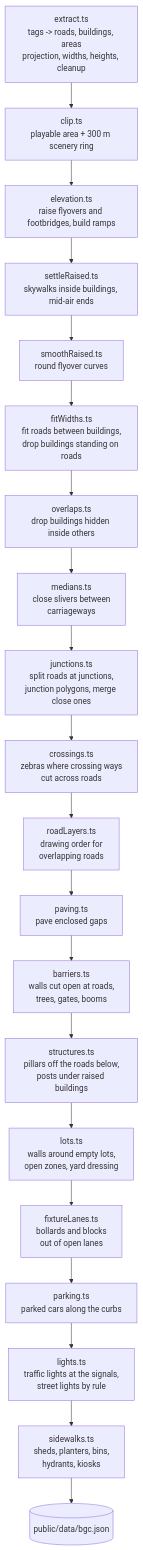
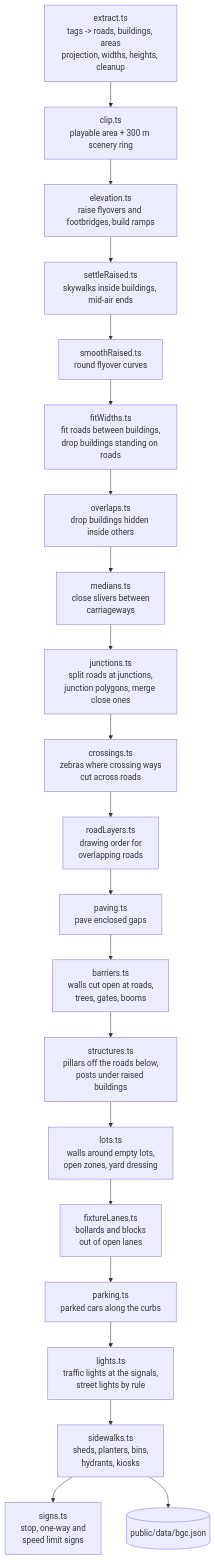
Before and after one commit to ajs0905/drive-thru-mnl: the second of 5 diagrams in docs/ARCHITECTURE.md, drawn with Mermaid. The commit also changed other lines of this file and 47 other files, not shown here.

````diff
--- a/docs/ARCHITECTURE.md
+++ b/docs/ARCHITECTURE.md
@@ -117,22 +117,23 @@
 ```mermaid
 flowchart TD
   A[extract.ts<br/>tags -> roads, buildings, areas<br/>projection, widths, heights, cleanup] --> B[clip.ts<br/>playable area + 300 m scenery ring]
   B --> C[elevation.ts<br/>raise flyovers and footbridges, build ramps]
   C --> D[settleRaised.ts<br/>skywalks inside buildings, mid-air ends]
   D --> R[smoothRaised.ts<br/>round flyover curves]
   R --> E[fitWidths.ts<br/>fit roads between buildings,<br/>drop buildings standing on roads]
   E --> O[overlaps.ts<br/>drop buildings hidden inside others]
   O --> M[medians.ts<br/>close slivers between<br/>carriageways]
   M --> G[junctions.ts<br/>split roads at junctions,<br/>junction polygons, merge close ones]
   G --> H[crossings.ts<br/>zebras where crossing ways<br/>cut across roads]
   H --> L[roadLayers.ts<br/>drawing order for<br/>overlapping roads]
   L --> P[paving.ts<br/>pave enclosed gaps]
   P --> X[barriers.ts<br/>walls cut open at roads,<br/>trees, gates, booms]
   X --> S[structures.ts<br/>pillars off the roads below,<br/>posts under raised buildings]
   S --> LT[lots.ts<br/>walls around empty lots,<br/>open zones, yard dressing]
   LT --> FL[fixtureLanes.ts<br/>bollards and blocks<br/>out of open lanes]
   FL --> K[parking.ts<br/>parked cars along the curbs]
   K --> LI[lights.ts<br/>traffic lights at the signals,<br/>street lights by rule]
   LI --> SW[sidewalks.ts<br/>sheds, planters, bins,<br/>hydrants, kiosks]
+  SW --> SG[signs.ts<br/>stop, one-way and<br/>speed limit signs]
   SW --> F[(public/data/bgc.json)]
 ```
````
